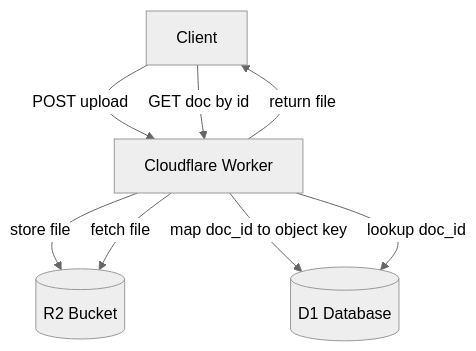
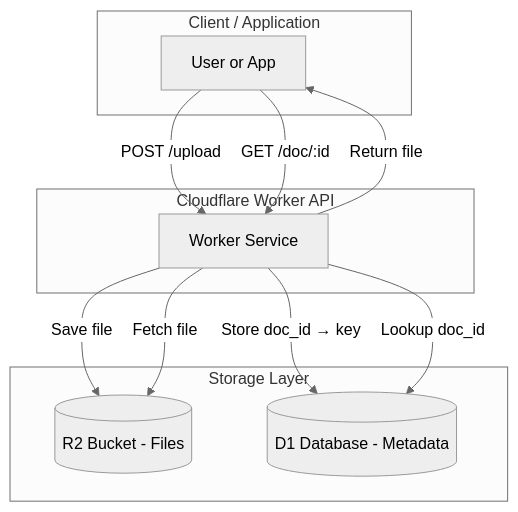
One commit to PrathyushaShetty/Marketing-Multi-Agent-System-with-Adaptive-Memory changed the second of 3 diagrams in design.md. Above: the diagram before and after it, drawn with Mermaid (neutral theme).

````diff
--- a/design.md
+++ b/design.md
@@ -54,12 +54,29 @@
 ```mermaid
 flowchart TB
-  Client[Client] -->|POST upload| Worker[Cloudflare Worker]
-  Worker -->|store file| R2[(R2 Bucket)]
-  Worker -->|map doc_id to object key| D1[(D1 Database)]
+    subgraph ClientSide[Client / Application]
+        Client[User or App]
+    end
 
-  Client -->|GET doc by id| Worker
-  Worker -->|lookup doc_id| D1
-  Worker -->|fetch file| R2
-  Worker -->|return file| Client
+    subgraph Cloudflare[Cloudflare Worker API]
+        Worker[Worker Service]
+    end
+
+    subgraph Storage[Storage Layer]
+        R2[(R2 Bucket - Files)]
+        D1[(D1 Database - Metadata)]
+    end
+
+    %% Upload Flow
+    Client -->|POST /upload| Worker
+    Worker -->|Save file| R2
+    Worker -->|Store doc_id → key| D1
+
+    %% Retrieve Flow
+    Client -->|GET /doc/:id| Worker
+    Worker -->|Lookup doc_id| D1
+    Worker -->|Fetch file| R2
+    Worker -->|Return file| Client
+
+
 
 ```
````
